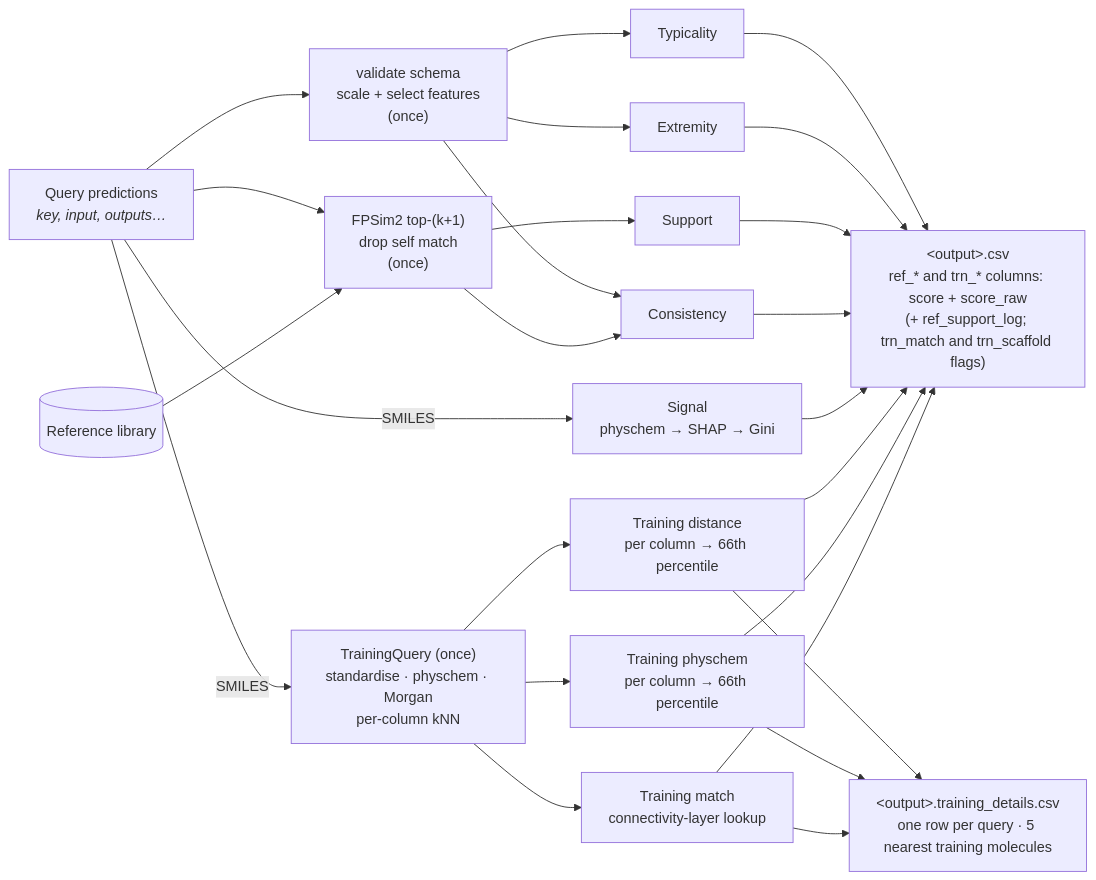
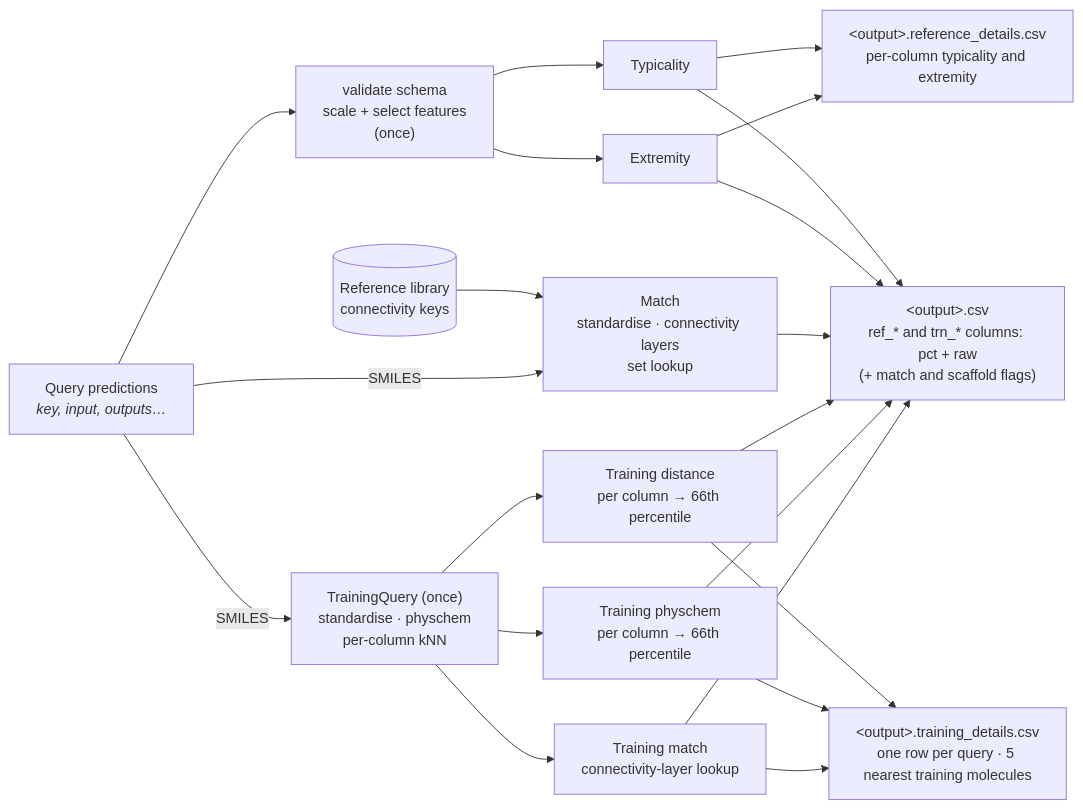
The third of 3 diagrams in docs/diagram.md (ersilia-os/eosquality), drawn with Mermaid before and after one commit. The commit also changed other lines of this file and 71 other files, not shown here.

First line of the commit message:
Reference: remove support, consistency and signal; add ref_match and ref_scaffold

````diff
--- a/docs/diagram.md
+++ b/docs/diagram.md
@@ -39,15 +35,14 @@
 ```mermaid
 flowchart LR
     Q["Query predictions<br/><i>key, input, outputs…</i>"] --> SCALE["validate schema<br/>scale + select features<br/>(once)"]
-    Q --> FPQ["FPSim2 top-(k+1)<br/>drop self match<br/>(once)"]
-    LIB[("Reference library")] --> FPQ
-    SCALE --> TYP[Typicality] & EXT[Extremity] & CON[Consistency]
-    FPQ --> SUP[Support] & CON
-    Q -- SMILES --> SIG["Signal<br/>physchem → SHAP → Gini"]
-    Q -- SMILES --> TQ["TrainingQuery (once)<br/>standardise · physchem · Morgan<br/>per-column kNN"]
+    LIB[("Reference library<br/>connectivity keys")] --> MAT
+    SCALE --> TYP[Typicality] & EXT[Extremity]
+    Q -- SMILES --> MAT["Match<br/>standardise · connectivity layers<br/>set lookup"]
+    Q -- SMILES --> TQ["TrainingQuery (once)<br/>standardise · physchem<br/>per-column kNN"]
     TQ --> TDR["Training distance<br/>per column → 66th percentile"]
     TQ --> TPH["Training physchem<br/>per column → 66th percentile"]
     TQ --> TMA["Training match<br/>connectivity-layer lookup"]
     TDR & TPH & TMA --> DET["&lt;output&gt;.training_details.csv<br/>one row per query · 5 nearest training molecules"]
-    TYP & EXT & SUP & CON & SIG & TDR & TPH & TMA --> OUT["&lt;output&gt;.csv<br/>ref_* and trn_* columns: score + score_raw<br/>(+ ref_support_log; trn_match and trn_scaffold flags)"]
+    TYP & EXT --> RDET["&lt;output&gt;.reference_details.csv<br/>per-column typicality and extremity"]
+    TYP & EXT & MAT & TDR & TPH & TMA --> OUT["&lt;output&gt;.csv<br/>ref_* and trn_* columns: pct + raw<br/>(+ match and scaffold flags)"]
 ```
````
